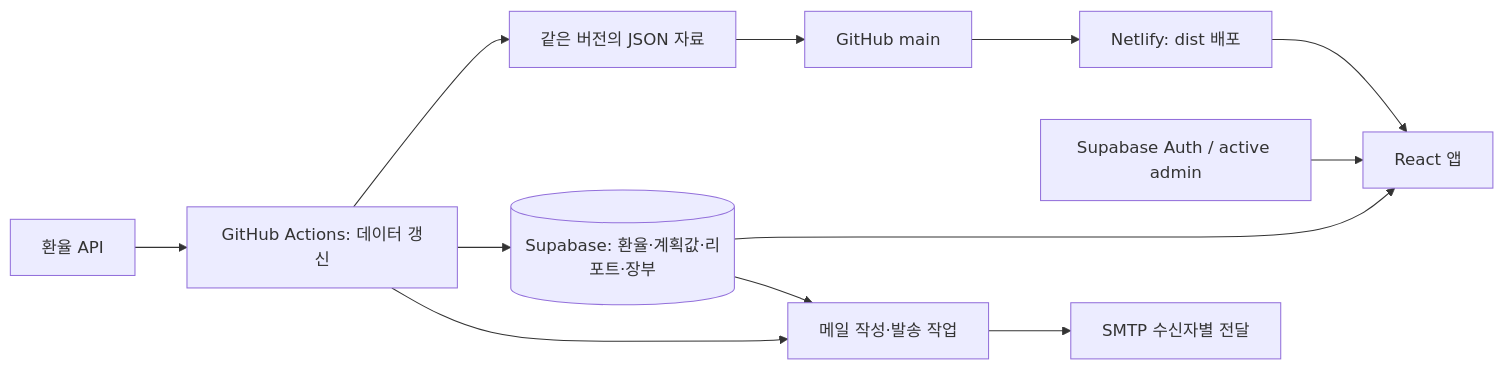
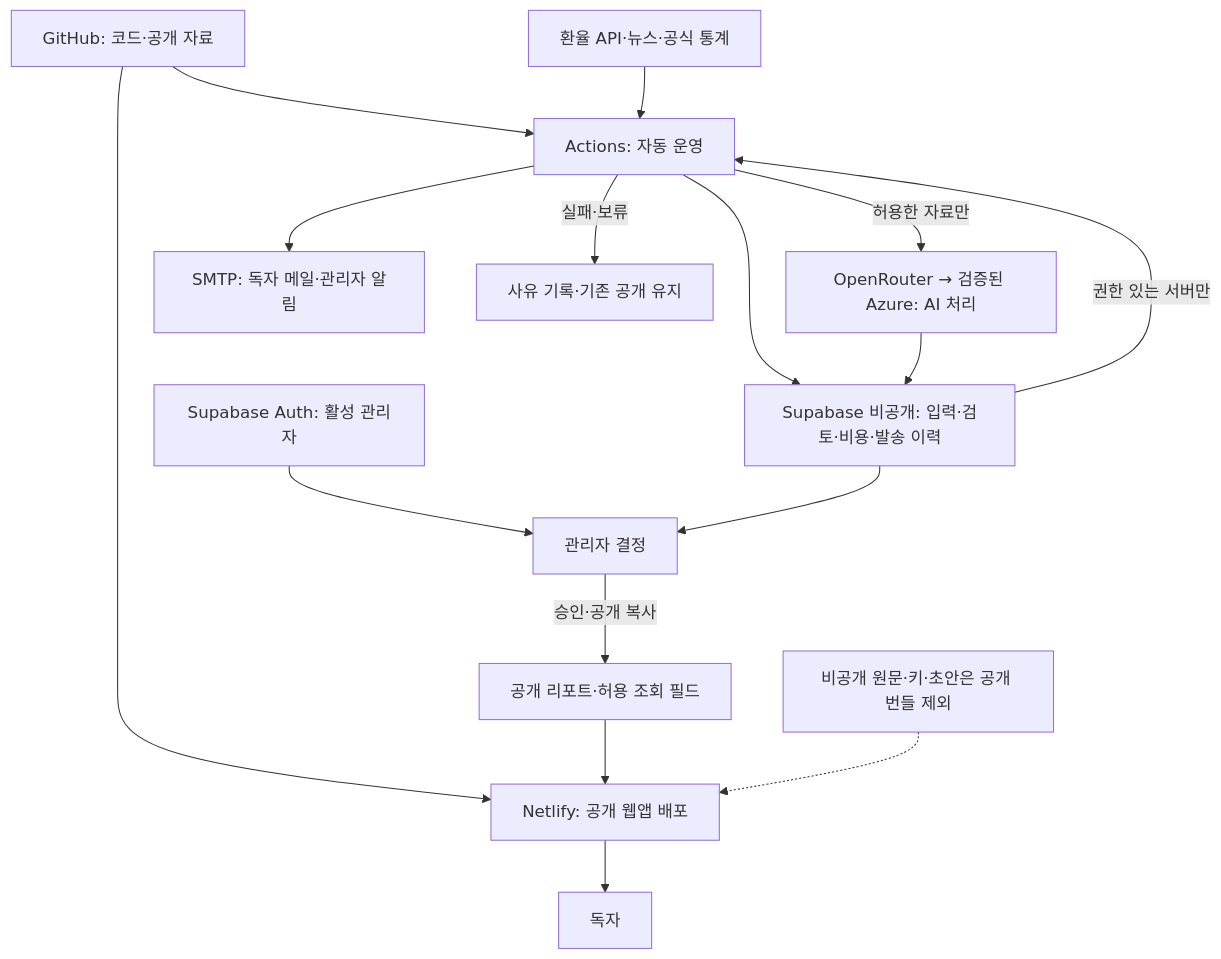
Before and after one commit to erleri/congenial-octo-garbanzo: the second of 6 diagrams in docs/guide/architecture.md, drawn with Mermaid. The commit also changed other lines of this file and 78 other files, not shown here.

````diff
--- a/docs/guide/architecture.md
+++ b/docs/guide/architecture.md
@@ -7,14 +38,23 @@
 ```mermaid
-flowchart LR
-  FX[환율 API] --> JOB[GitHub Actions: 데이터 갱신]
-  JOB --> JSON[같은 버전의 JSON 자료]
-  JOB --> DB[(Supabase: 환율·계획값·리포트·장부)]
-  JSON --> GIT[GitHub main]
-  GIT --> NET[Netlify: dist 배포]
-  NET --> APP[React 앱]
-  DB --> APP
-  AUTH[Supabase Auth / active admin] --> APP
-  JOB --> MAIL[메일 작성·발송 작업]
-  DB --> MAIL
-  MAIL --> SMTP[SMTP 수신자별 전달]
+flowchart TD
+  GIT[GitHub: 코드·공개 자료] --> NET[Netlify: 공개 웹앱 배포]
+  GIT --> JOB[Actions: 자동 운영]
+  API[환율 API·뉴스·공식 통계] --> JOB
+  JOB --> PRIVATE[Supabase 비공개: 입력·검토·비용·발송 이력]
+  JOB -->|허용한 자료만| MODEL[OpenRouter → 검증된 Azure: AI 처리]
+  MODEL --> PRIVATE
+  AUTH[Supabase Auth: 활성 관리자] --> DECIDE[관리자 결정]
+  PRIVATE --> DECIDE
+  DECIDE -->|승인·공개 복사| PUB[공개 리포트·허용 조회 필드]
+  PUB --> NET
+  JOB --> SMTP[SMTP: 독자 메일·관리자 알림]
+  PRIVATE -->|권한 있는 서버만| JOB
+  JOB -->|실패·보류| HOLD[사유 기록·기존 공개 유지]
+  NET --> READER[독자]
+  NOTE[비공개 원문·키·초안은 공개 번들 제외] -.-> NET
+  classDef normal fill:#edf4f8,stroke:#25465d,color:#162f43;
+  classDef decision fill:#fff4d6,stroke:#8a6416,color:#42330e;
+  classDef human fill:#e5f3ee,stroke:#19745f,color:#104b3e;
+  classDef hold fill:#fceceb,stroke:#a64e45,color:#71302a;
+
 ```
````
